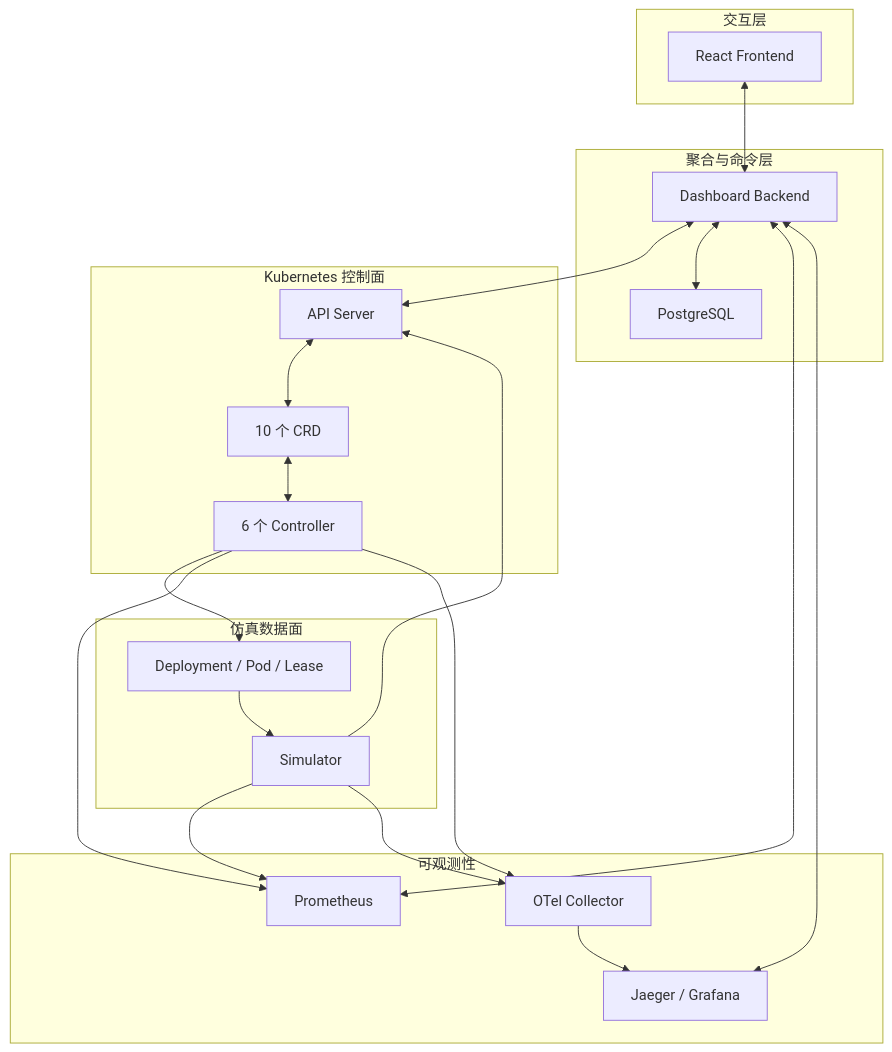
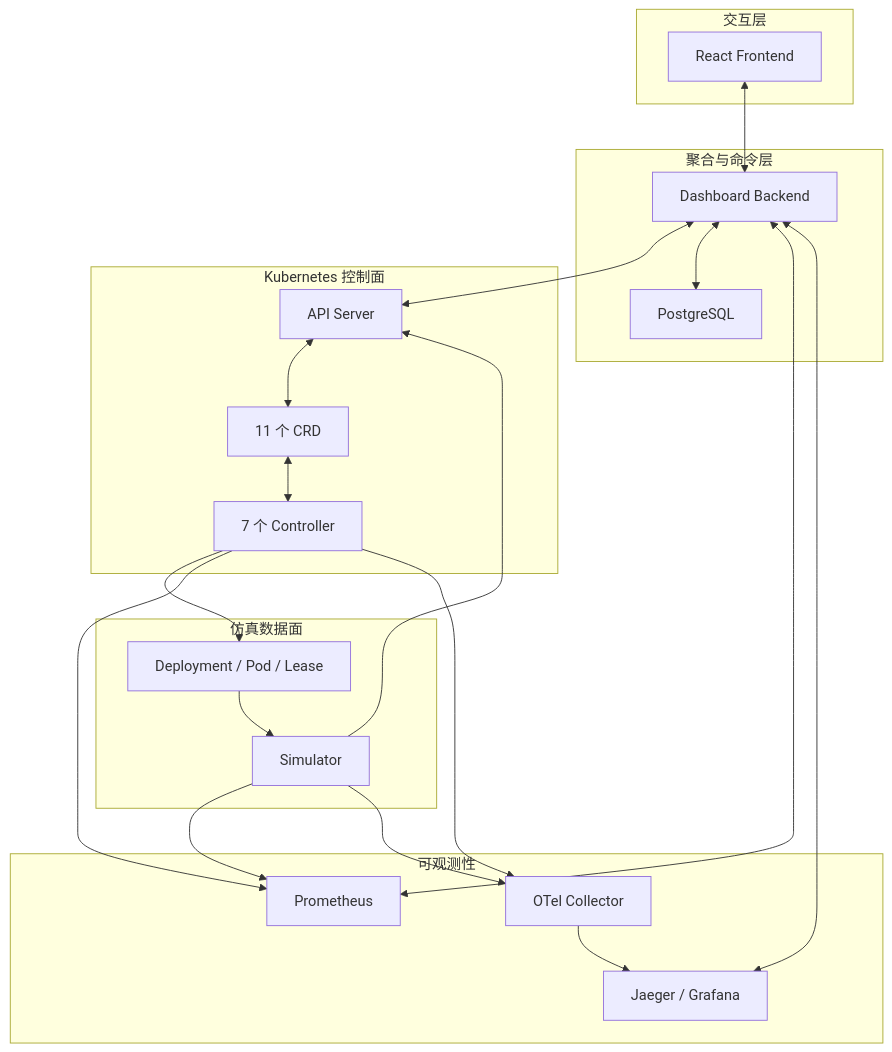
Before and after one commit to 3900563672/hello-k8s-ai: the first of 4 diagrams in docs/overview/ARCHITECTURE_OVERVIEW.md, drawn with Mermaid. The commit also changed other lines of this file and 86 other files, not shown here.

````diff
--- a/docs/overview/ARCHITECTURE_OVERVIEW.md
+++ b/docs/overview/ARCHITECTURE_OVERVIEW.md
@@ -5,39 +5,39 @@
 ```mermaid
 flowchart TB
   subgraph UX["交互层"]
     F["React Frontend"]
   end
   subgraph AP["聚合与命令层"]
     B["Dashboard Backend"]
     DB["PostgreSQL"]
   end
   subgraph CP["Kubernetes 控制面"]
     K["API Server"]
-    R["10 个 CRD"]
-    C["6 个 Controller"]
+    R["11 个 CRD"]
+    C["7 个 Controller"]
   end
   subgraph DP["仿真数据面"]
     DEP["Deployment / Pod / Lease"]
     S["Simulator"]
   end
   subgraph OBS["可观测性"]
     P["Prometheus"]
     O["OTel Collector"]
     J["Jaeger / Grafana"]
   end
   F <--> B
   B <--> K
   B <--> DB
   K <--> R
   R <--> C
   C --> DEP
   DEP --> S
   S --> K
   C --> P
   S --> P
   C --> O
   S --> O
   O --> J
   B <--> P
   B <--> J
 ```
````
